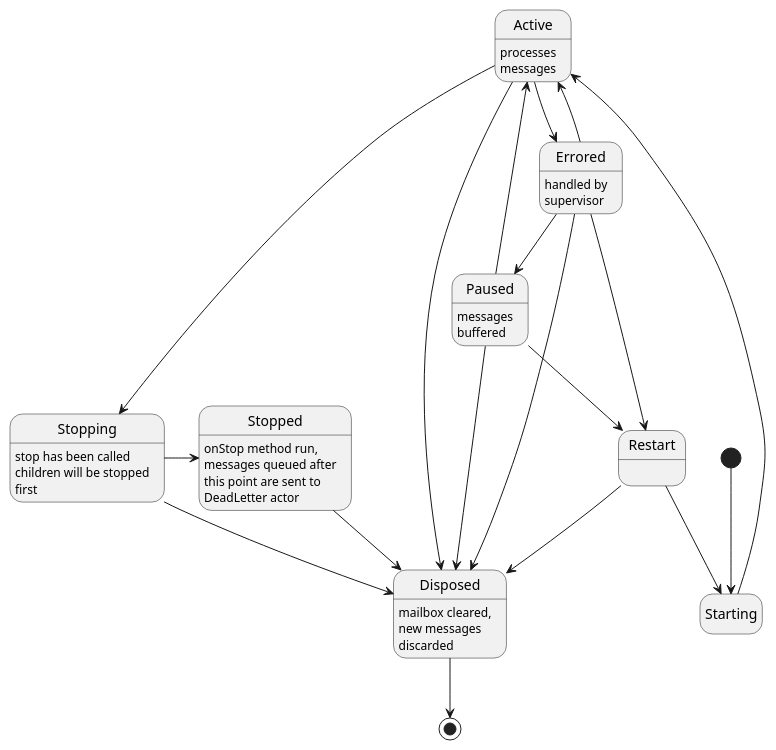
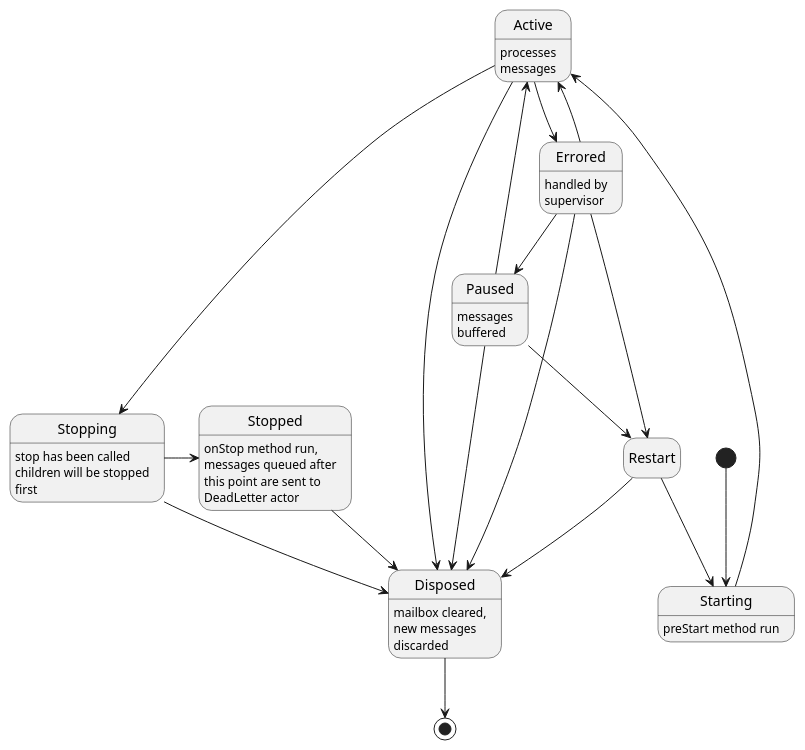
One commit to davidmoten/reels changed the diagram in src/main/plantuml/state-diagram.puml. Above: the diagram before and after it, drawn with PlantUML.

```diff
--- a/src/main/plantuml/state-diagram.puml
+++ b/src/main/plantuml/state-diagram.puml
@@ -1,30 +1,30 @@
 @startuml
 hide empty description
 [*] --> Starting 
 Starting --> Active
 Active --> Stopping
 Stopping -> Stopped
 Active --> Disposed
 Stopping --> Disposed
 Stopped --> Disposed
 Paused --> Restart
 Paused --> Active
 Restart --> Starting
 Paused --> Disposed
 Disposed --> [*]
 Active --> Errored
 Errored --> Active
 Errored --> Disposed
 Errored --> Restart
 Errored --> Paused
 Restart --> Disposed
 
 Active: processes\nmessages
 Stopping: stop has been called\nchildren will be stopped\nfirst
 Stopped: onStop method run,\nmessages queued after\nthis point are sent to\nDeadLetter actor
 Paused: messages\nbuffered
 Disposed: mailbox cleared,\nnew messages\ndiscarded
 Errored: handled by\nsupervisor
-Restart: 
+Starting: preStart method run
 
 @enduml
```
